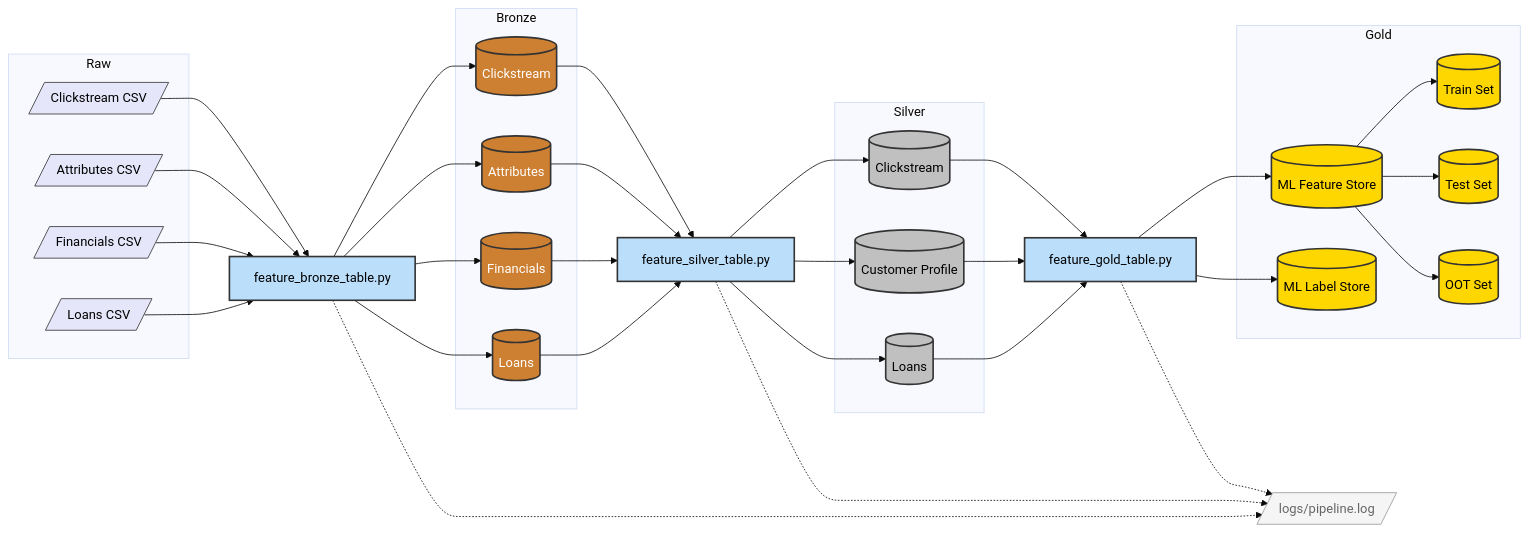
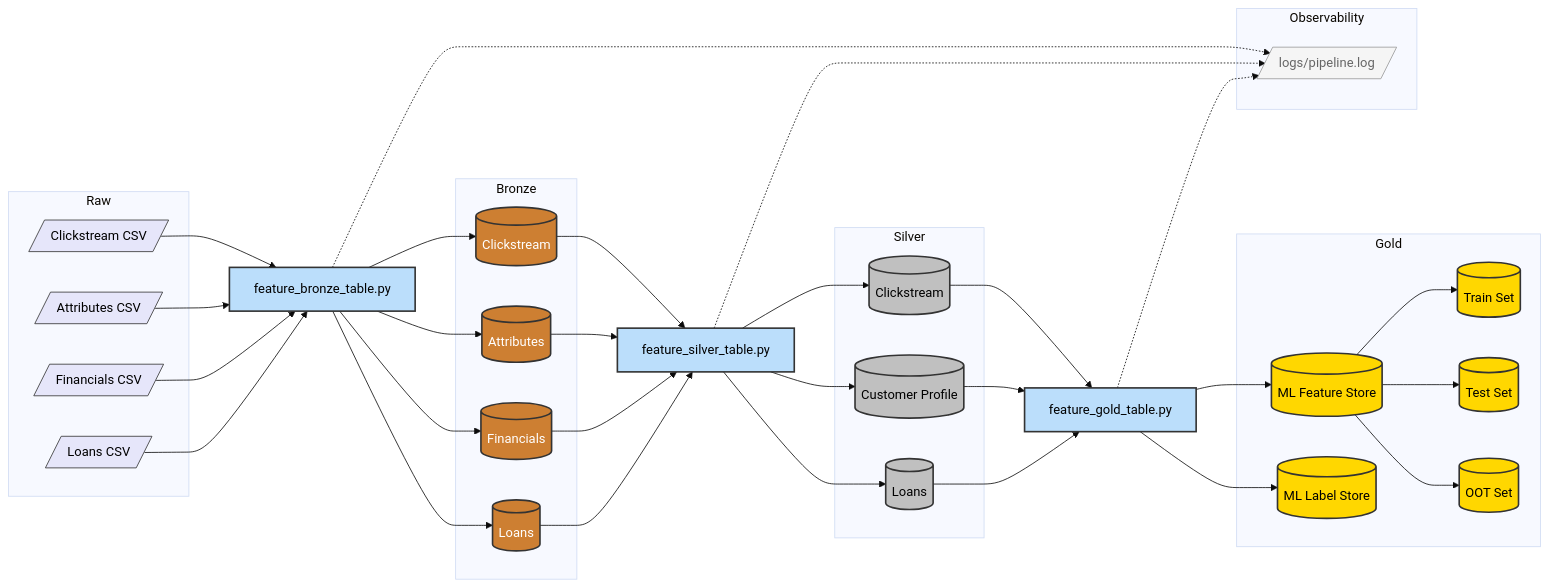
One commit to siranishkd/predictive-loan-default-modelling changed the diagram in docs/architecture_v3.md. Above: the diagram before and after it, drawn with Mermaid (base theme).

Commit message:
Update Mermaid layout: wrap logging in Observability subgraph for compact alignment

```diff
--- a/docs/architecture_v3.md
+++ b/docs/architecture_v3.md
@@ -82,8 +82,10 @@
     G1 --> G_Test
     G1 --> G_OOT
 
-    %% Logging — sits below, small
-    LOG[/logs/pipeline.log/]:::log
+    subgraph Observability
+        LOG[/logs/pipeline.log/]:::log
+    end
+
     P1 -.-> LOG
     P2 -.-> LOG
     P3 -.-> LOG
```
